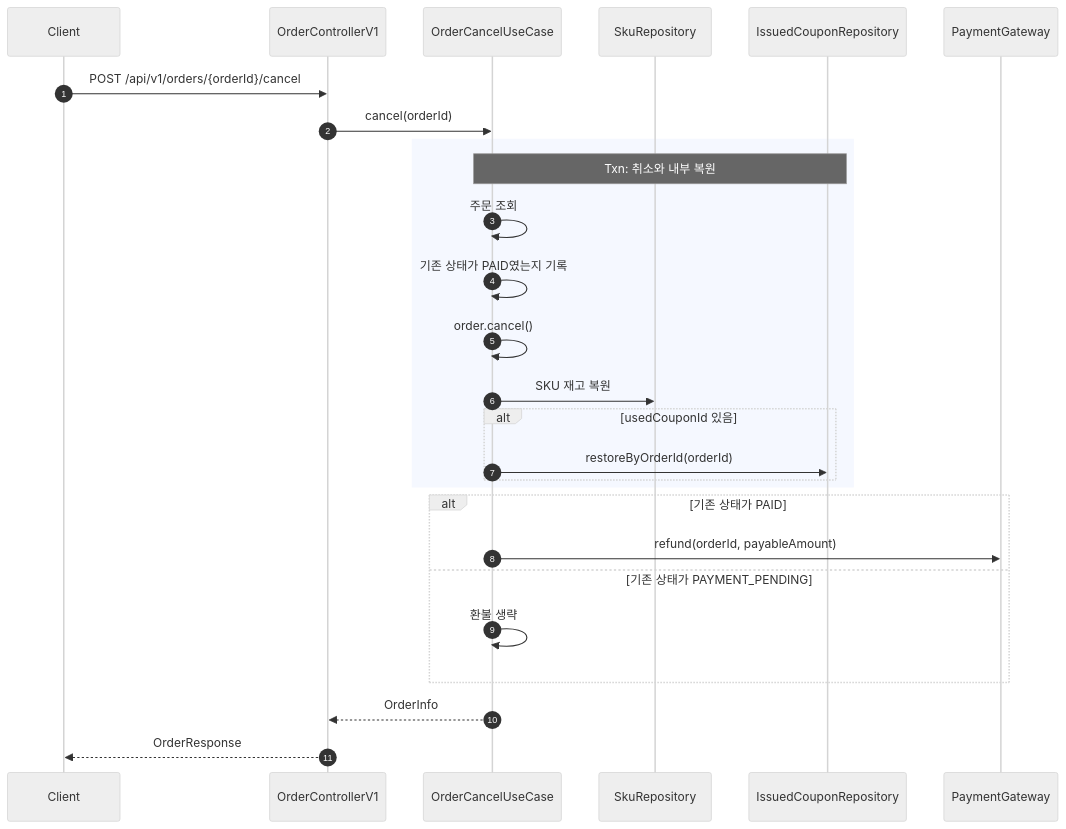
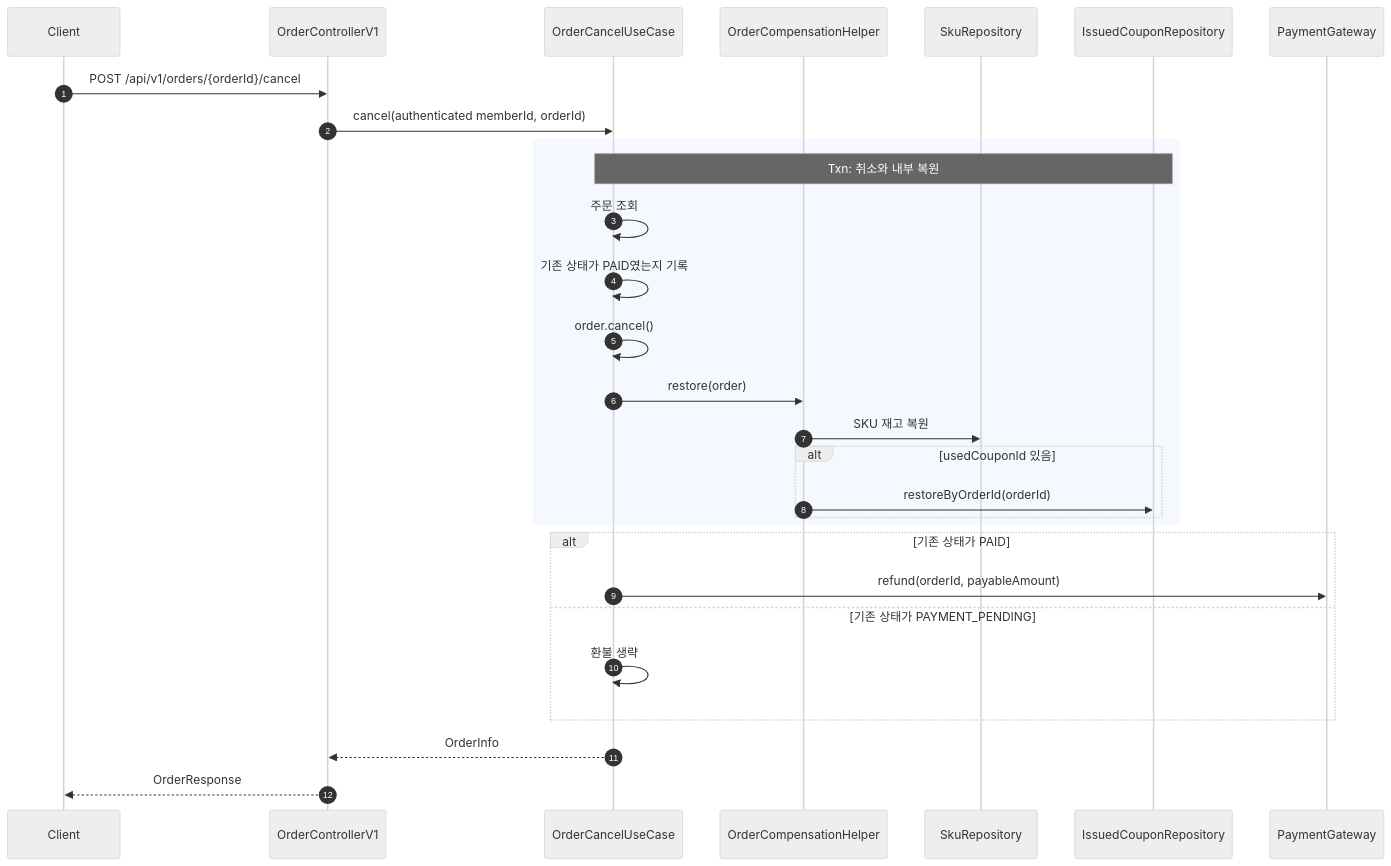
One commit to wisehero/e-commerce-java changed the second of 2 diagrams in wiki/order/02-order-payment-coupon-flow.md. Above: the diagram before and after it, drawn with Mermaid (neutral theme). The commit also changed other lines of this file and 32 other files, not shown here.

````diff
--- a/wiki/order/02-order-payment-coupon-flow.md
+++ b/wiki/order/02-order-payment-coupon-flow.md
@@ -186,33 +191,35 @@
 ```mermaid
 sequenceDiagram
     autonumber
     participant Client as Client
     participant OrderApi as OrderControllerV1
     participant Cancel as OrderCancelUseCase
+    participant Compensation as OrderCompensationHelper
     participant Stock as SkuRepository
-    participant Coupon as IssuedCouponRepository
+    participant CouponRepo as IssuedCouponRepository
     participant PG as PaymentGateway
 
     Client->>OrderApi: POST /api/v1/orders/{orderId}/cancel
-    OrderApi->>Cancel: cancel(orderId)
+    OrderApi->>Cancel: cancel(authenticated memberId, orderId)
 
     rect rgb(245, 248, 255)
-        note over Cancel,Coupon: Txn: 취소와 내부 복원
+        note over Cancel,CouponRepo: Txn: 취소와 내부 복원
         Cancel->>Cancel: 주문 조회
         Cancel->>Cancel: 기존 상태가 PAID였는지 기록
         Cancel->>Cancel: order.cancel()
-        Cancel->>Stock: SKU 재고 복원
+        Cancel->>Compensation: restore(order)
+        Compensation->>Stock: SKU 재고 복원
         alt usedCouponId 있음
-            Cancel->>Coupon: restoreByOrderId(orderId)
+            Compensation->>CouponRepo: restoreByOrderId(orderId)
         end
     end
 
     alt 기존 상태가 PAID
         Cancel->>PG: refund(orderId, payableAmount)
     else 기존 상태가 PAYMENT_PENDING
         Cancel->>Cancel: 환불 생략
     end
 
     Cancel-->>OrderApi: OrderInfo
     OrderApi-->>Client: OrderResponse
 ```
````
